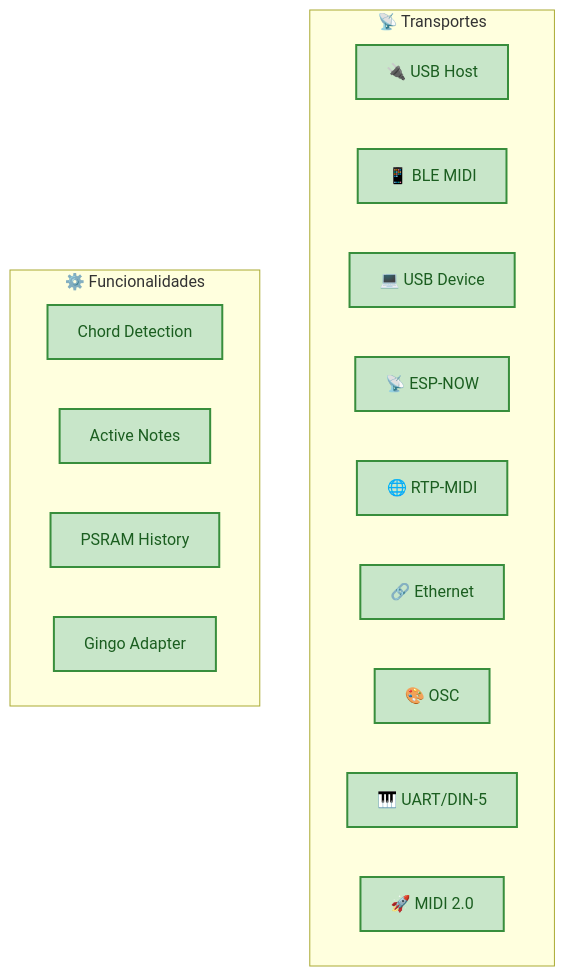
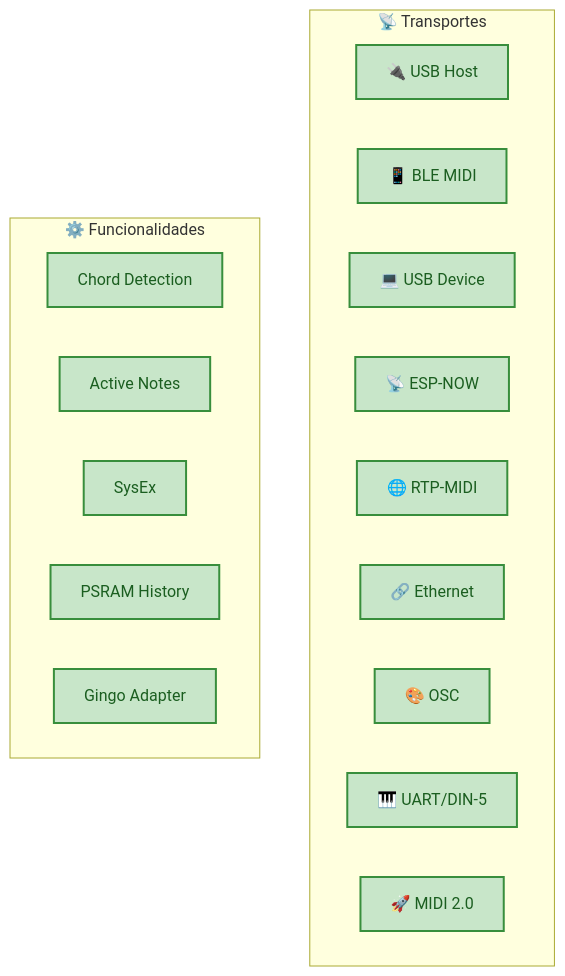
Before and after one commit to sauloverissimo/ESP32_Host_MIDI: the diagram in docs/roadmap.md, drawn with Mermaid. The commit also changed other lines of this file and 4 other files, not shown here.

First line of the commit message:
docs: add SysEx documentation, update API reference and roadmap

````diff
--- a/docs/roadmap.md
+++ b/docs/roadmap.md
@@ -11,26 +11,27 @@
 ```mermaid
 graph TD
     classDef done fill:#C8E6C9,color:#1B5E20,stroke:#388E3C,stroke-width:2px
     classDef feat fill:#B3E5FC,color:#01579B,stroke:#0288D1,stroke-width:2px
 
     subgraph T["📡 Transportes"]
         direction LR
         USB["🔌 USB Host"]:::done
         BLE["📱 BLE MIDI"]:::done
         USBDEV["💻 USB Device"]:::done
         ESPNOW["📡 ESP-NOW"]:::done
         RTP["🌐 RTP-MIDI"]:::done
         ETH["🔗 Ethernet"]:::done
         OSC["🎨 OSC"]:::done
         UART["🎹 UART/DIN-5"]:::done
         MIDI2["🚀 MIDI 2.0"]:::done
     end
 
     subgraph F["⚙️ Funcionalidades"]
         direction LR
         CHORD["Chord Detection"]:::done
         ACTIVE["Active Notes"]:::done
+        SYSEX["SysEx"]:::done
         HIST["PSRAM History"]:::done
         GINGO["Gingo Adapter"]:::done
     end
 ```
````
